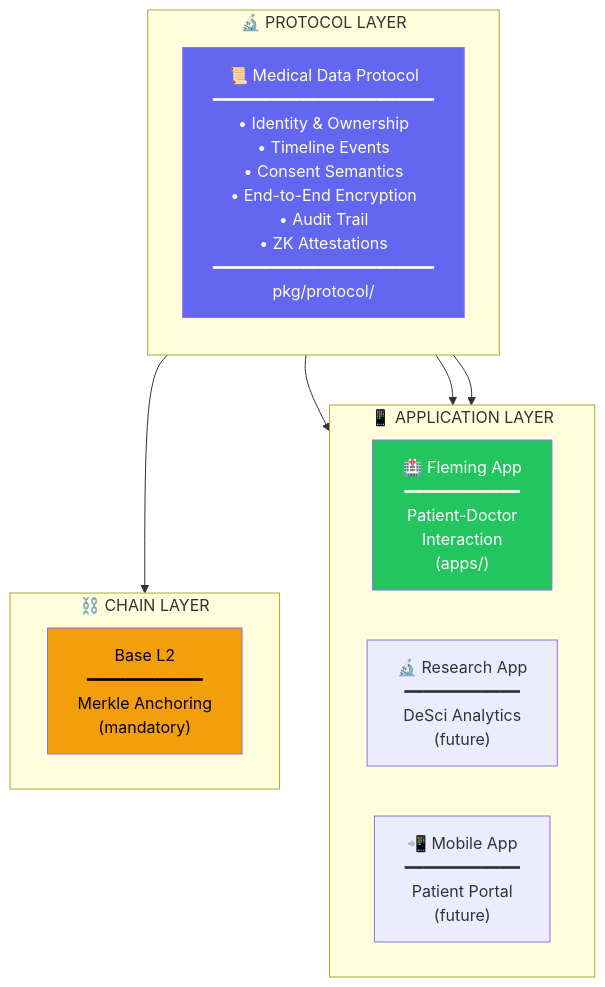
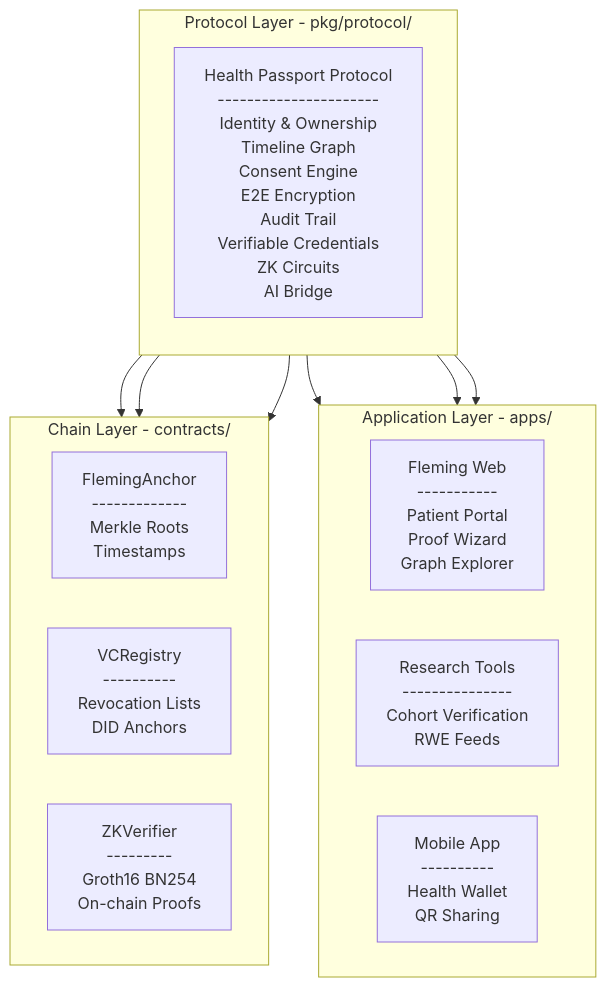
The second of 18 diagrams in docs/ARCHITECTURE.md (itspablomontes/fleming), drawn with Mermaid before and after one commit. The commit also changed other lines of this file and 1 other file, not shown here.

````diff
--- a/docs/ARCHITECTURE.md
+++ b/docs/ARCHITECTURE.md
@@ -13,28 +85,56 @@
 ```mermaid
 graph TB
-    subgraph "🔬 PROTOCOL LAYER"
+    subgraph protocol_layer [Protocol Layer - pkg/protocol/]
         direction TB
-        Protocol["📜 Medical Data Protocol<br/>━━━━━━━━━━━━━━━━━━━━━━━<br/>• Identity & Ownership<br/>• Timeline Events<br/>• Consent Semantics<br/>• End-to-End Encryption<br/>• Audit Trail<br/>• ZK Attestations<br/>━━━━━━━━━━━━━━━━━━━━━━━<br/>pkg/protocol/"]
+        Protocol["Health Passport Protocol
+        ----------------------
+        Identity & Ownership
+        Timeline Graph
+        Consent Engine
+        E2E Encryption
+        Audit Trail
+        Verifiable Credentials
+        ZK Circuits
+        AI Bridge"]
     end
 
-    subgraph "📱 APPLICATION LAYER"
+    subgraph app_layer [Application Layer - apps/]
         direction LR
-        Fleming["🏥 Fleming App<br/>━━━━━━━━━━━━<br/>Patient-Doctor<br/>Interaction<br/>(apps/)"]
-        Future1["🔬 Research App<br/>━━━━━━━━━━━━<br/>DeSci Analytics<br/>(future)"]
-        Future2["📲 Mobile App<br/>━━━━━━━━━━━━<br/>Patient Portal<br/>(future)"]
+        Fleming["Fleming Web
+        -----------
+        Patient Portal
+        Proof Wizard
+        Graph Explorer"]
+        ResearchApp["Research Tools
+        ---------------
+        Cohort Verification
+        RWE Feeds"]
+        Mobile["Mobile App
+        ----------
+        Health Wallet
+        QR Sharing"]
     end
 
-    subgraph "⛓️ CHAIN LAYER"
+    subgraph chain_layer [Chain Layer - contracts/]
         direction LR
-        BaseL2["Base L2<br/>━━━━━━━━━━━━<br/>Merkle Anchoring<br/>(mandatory)"]
+        Anchor["FlemingAnchor
+        -------------
+        Merkle Roots
+        Timestamps"]
+        Registry["VCRegistry
+        ----------
+        Revocation Lists
+        DID Anchors"]
+        Verifier["ZKVerifier
+        ---------
+        Groth16 BN254
+        On-chain Proofs"]
     end
 
     Protocol --> Fleming
-    Protocol --> Future1
-    Protocol --> Future2
-    Protocol --> BaseL2
-
-    style Protocol fill:#6366f1,color:#fff
-    style Fleming fill:#22c55e,color:#fff
-    style BaseL2 fill:#f59e0b,color:#000
+    Protocol --> ResearchApp
+    Protocol --> Mobile
+    Protocol --> Anchor
+    Protocol --> Registry
+    Protocol --> Verifier
 ```
````
